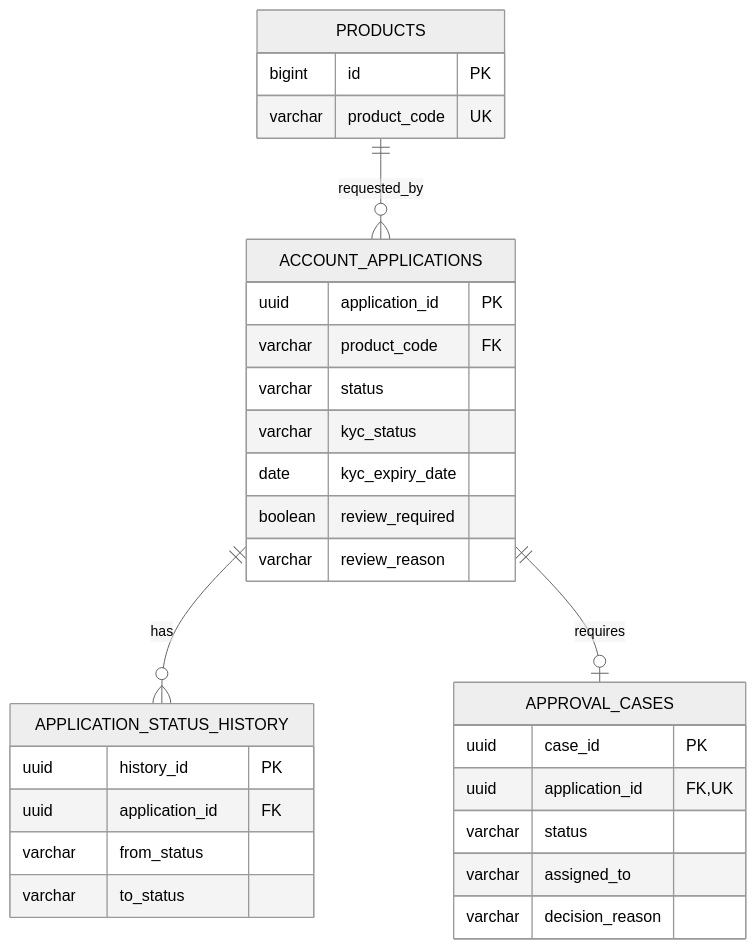
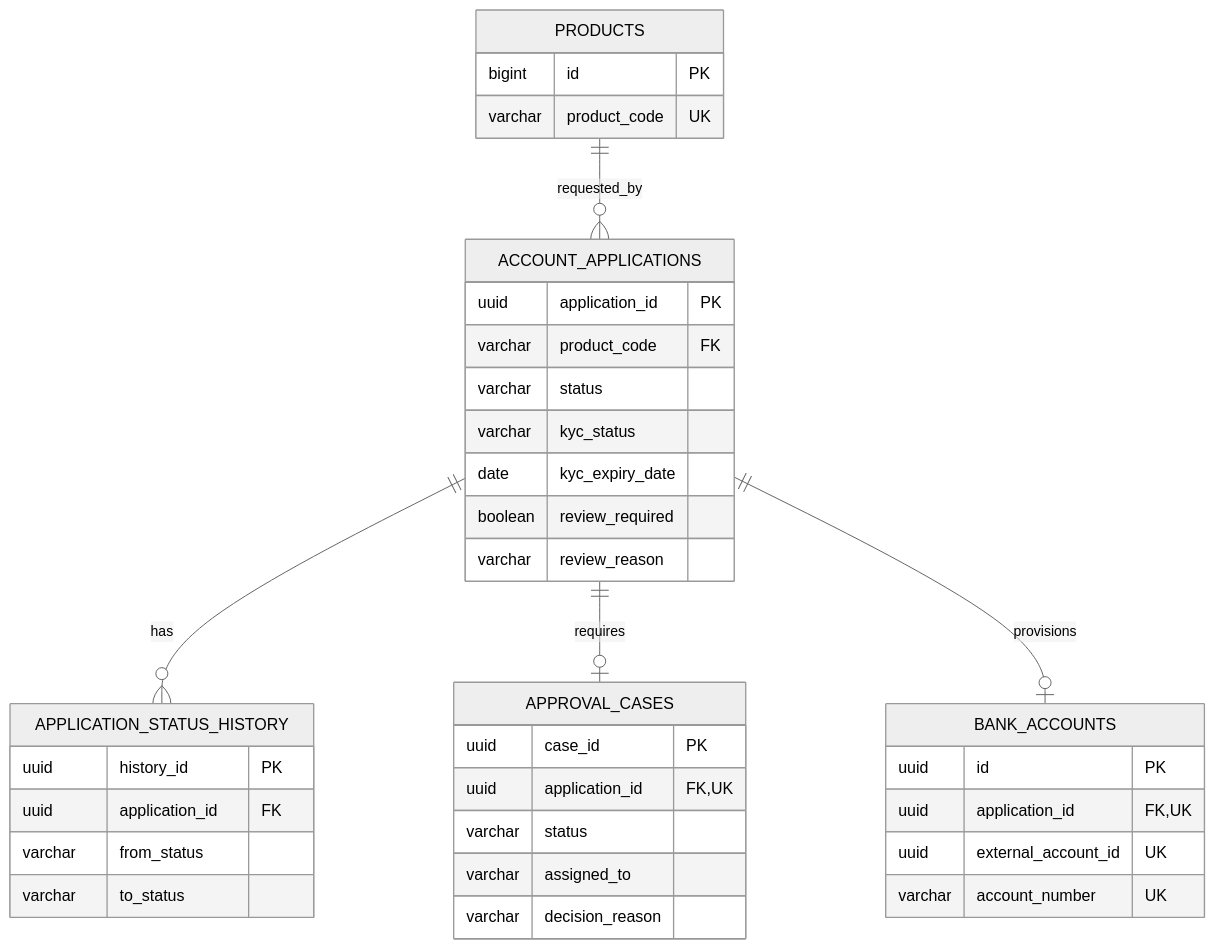
The diagram in docs/data-design.md (Mikokoomi/digital-account-opening), drawn with Mermaid (neutral theme) before and after one commit. The commit also changed other lines of this file and 30 other files, not shown here.

````diff
--- a/docs/data-design.md
+++ b/docs/data-design.md
@@ -5,24 +5,29 @@
 ```mermaid
 erDiagram
     PRODUCTS ||--o{ ACCOUNT_APPLICATIONS : requested_by
     ACCOUNT_APPLICATIONS ||--o{ APPLICATION_STATUS_HISTORY : has
     ACCOUNT_APPLICATIONS ||--o| APPROVAL_CASES : requires
+    ACCOUNT_APPLICATIONS ||--o| BANK_ACCOUNTS : provisions
     PRODUCTS { bigint id PK
                varchar product_code UK }
     ACCOUNT_APPLICATIONS { uuid application_id PK
                            varchar product_code FK
                            varchar status
                            varchar kyc_status
                            date kyc_expiry_date
                            boolean review_required
                            varchar review_reason }
     APPLICATION_STATUS_HISTORY { uuid history_id PK
                                  uuid application_id FK
                                  varchar from_status
                                  varchar to_status }
     APPROVAL_CASES { uuid case_id PK
                      uuid application_id FK,UK
                      varchar status
                      varchar assigned_to
                      varchar decision_reason }
+    BANK_ACCOUNTS { uuid id PK
+                    uuid application_id FK,UK
+                    uuid external_account_id UK
+                    varchar account_number UK }
 ```
````
